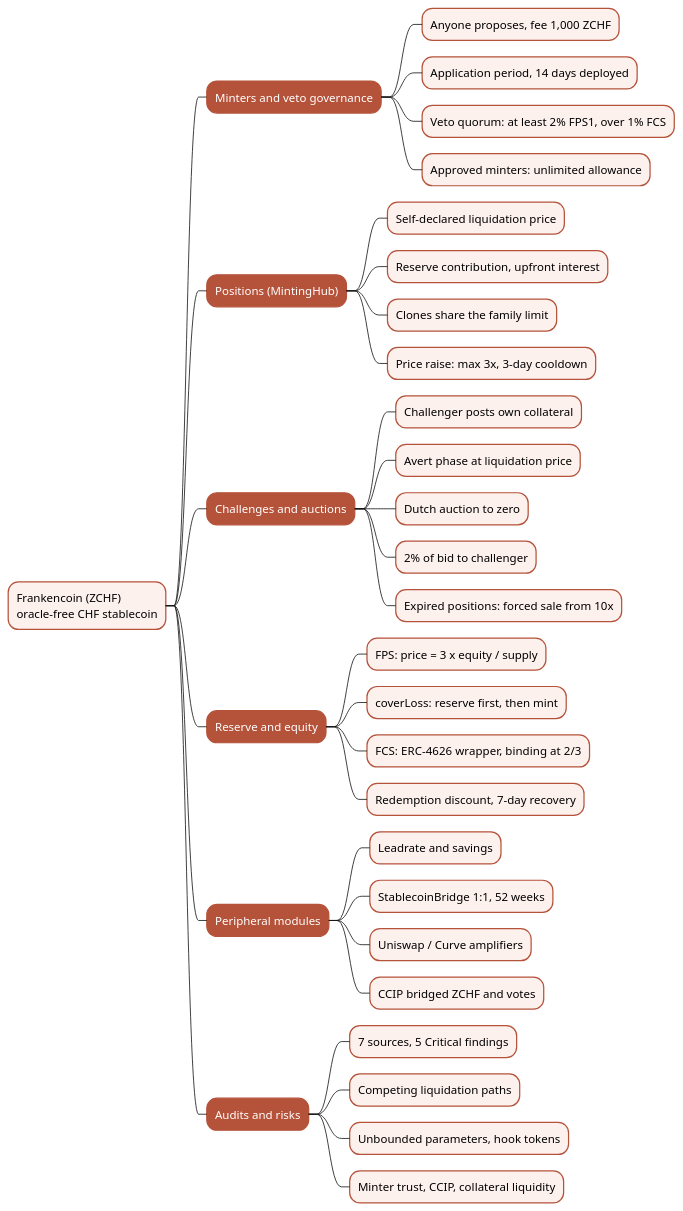
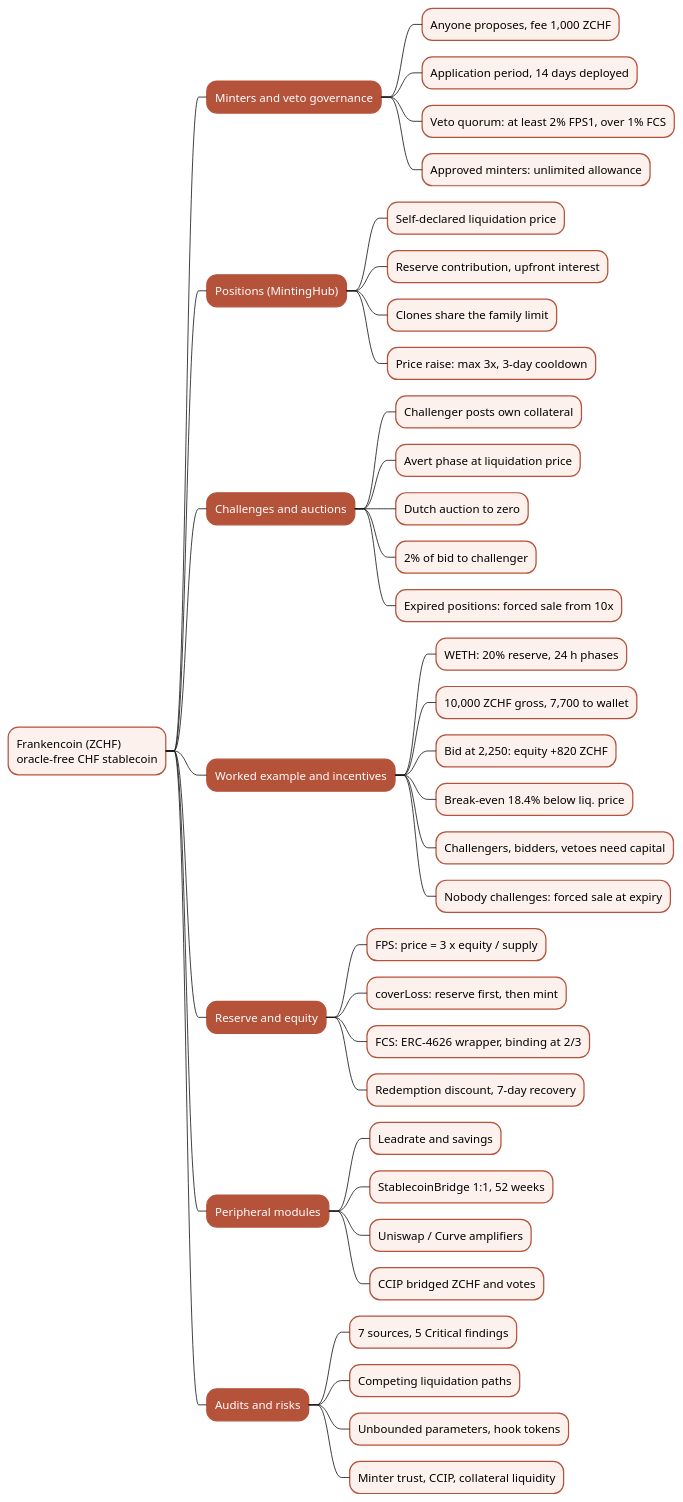
The diagram in assets/article/blockchain/defi/frankencoin/frankencoin-oracle-free-stablecoin-mindmap.puml (rya-sge/access-denied), drawn with PlantUML before and after one commit. The commit also changed 3 other files, not shown here.

```diff
--- a/assets/article/blockchain/defi/frankencoin/frankencoin-oracle-free-stablecoin-mindmap.puml
+++ b/assets/article/blockchain/defi/frankencoin/frankencoin-oracle-free-stablecoin-mindmap.puml
@@ -1,46 +1,53 @@
 @startmindmap
 <style>
 mindmapDiagram {
   node {
     BackgroundColor #FDF1EE
     LineColor #B5523A
   }
   :depth(1) {
     BackgroundColor #B5523A
     FontColor white
   }
 }
 </style>
 * Frankencoin (ZCHF)\noracle-free CHF stablecoin
 ** Minters and veto governance
 *** Anyone proposes, fee 1,000 ZCHF
 *** Application period, 14 days deployed
 *** Veto quorum: at least 2% FPS1, over 1% FCS
 *** Approved minters: unlimited allowance
 ** Positions (MintingHub)
 *** Self-declared liquidation price
 *** Reserve contribution, upfront interest
 *** Clones share the family limit
 *** Price raise: max 3x, 3-day cooldown
 ** Challenges and auctions
 *** Challenger posts own collateral
 *** Avert phase at liquidation price
 *** Dutch auction to zero
 *** 2% of bid to challenger
 *** Expired positions: forced sale from 10x
+** Worked example and incentives
+*** WETH: 20% reserve, 24 h phases
+*** 10,000 ZCHF gross, 7,700 to wallet
+*** Bid at 2,250: equity +820 ZCHF
+*** Break-even 18.4% below liq. price
+*** Challengers, bidders, vetoes need capital
+*** Nobody challenges: forced sale at expiry
 ** Reserve and equity
 *** FPS: price = 3 x equity / supply
 *** coverLoss: reserve first, then mint
 *** FCS: ERC-4626 wrapper, binding at 2/3
 *** Redemption discount, 7-day recovery
 ** Peripheral modules
 *** Leadrate and savings
 *** StablecoinBridge 1:1, 52 weeks
 *** Uniswap / Curve amplifiers
 *** CCIP bridged ZCHF and votes
 ** Audits and risks
 *** 7 sources, 5 Critical findings
 *** Competing liquidation paths
 *** Unbounded parameters, hook tokens
 *** Minter trust, CCIP, collateral liquidity
 @endmindmap
```
